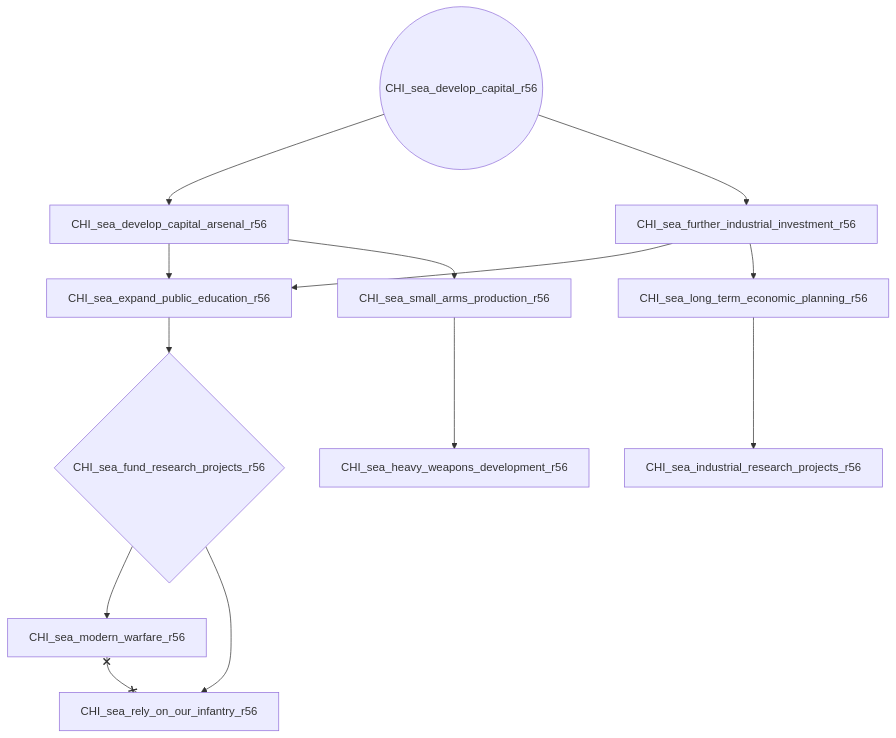
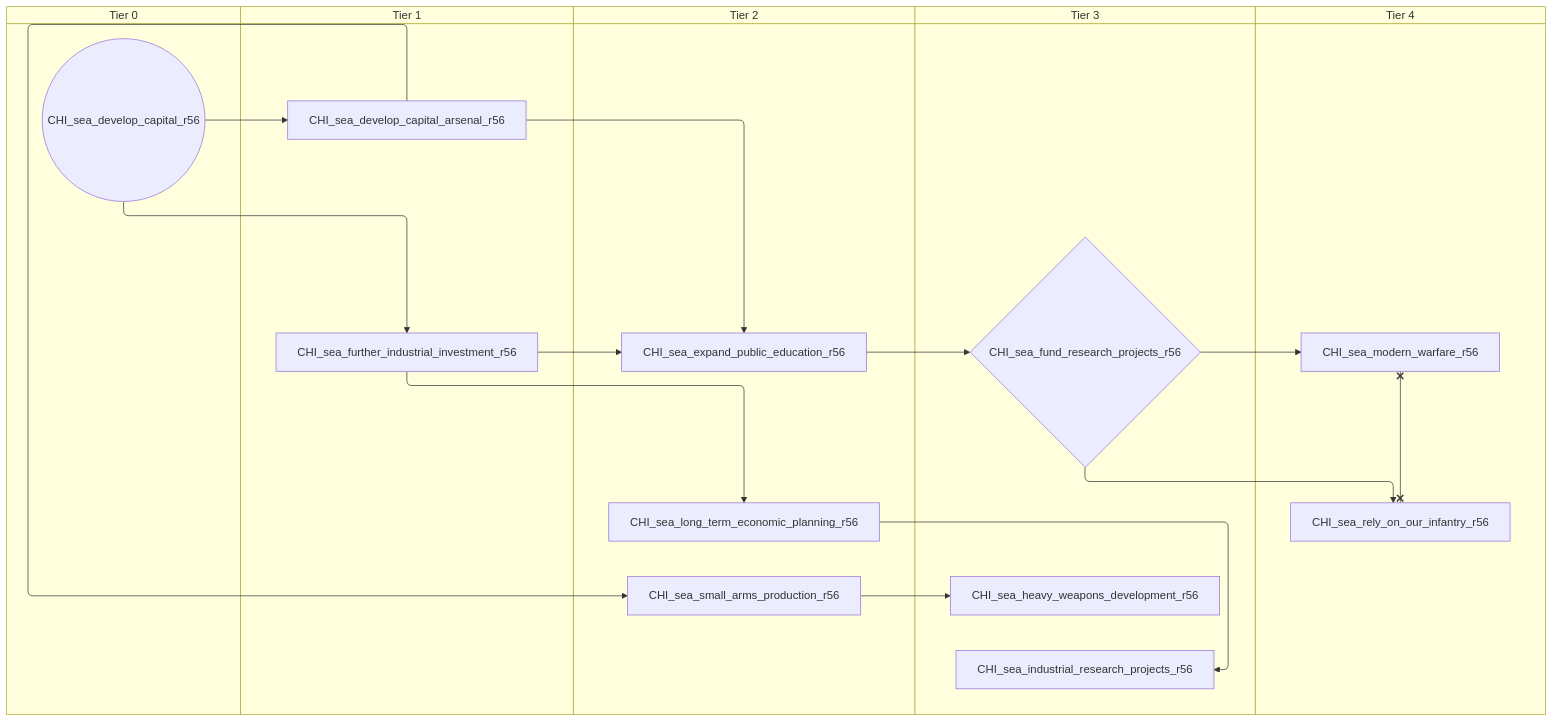
One commit to evgeny-sobol/hoi4-sandbox-mode-r56 changed the fifth of 8 diagrams in docs/gdd/National Focuses/china_warlord.md. Above: the diagram before and after it, drawn with Mermaid. The commit also changed other lines of this file and 423 other files, not shown here.

First line of the commit message:
Re-export Rt56 focus trees as swimlane diagrams

````diff
--- a/docs/gdd/National Focuses/china_warlord.md
+++ b/docs/gdd/National Focuses/china_warlord.md
@@ -376,26 +426,36 @@
 ```mermaid
-flowchart TD
-    n151["CHI_sea_develop_capital_arsenal_r56"]
-    n152(("CHI_sea_develop_capital_r56"))
-    n153["CHI_sea_expand_public_education_r56"]
-    n154{"CHI_sea_fund_research_projects_r56"}
-    n155["CHI_sea_further_industrial_investment_r56"]
-    n156["CHI_sea_heavy_weapons_development_r56"]
-    n157["CHI_sea_industrial_research_projects_r56"]
-    n158["CHI_sea_long_term_economic_planning_r56"]
-    n159["CHI_sea_modern_warfare_r56"]
-    n160["CHI_sea_rely_on_our_infantry_r56"]
-    n161["CHI_sea_small_arms_production_r56"]
-    n152 --> n151
-    n155 --> n153
+swimlane-beta TD
+    subgraph tier_0["Tier 0"]
+        n151(("CHI_sea_develop_capital_r56"))
+    end
+    subgraph tier_1["Tier 1"]
+        n152["CHI_sea_develop_capital_arsenal_r56"]
+        n153["CHI_sea_further_industrial_investment_r56"]
+    end
+    subgraph tier_2["Tier 2"]
+        n154["CHI_sea_expand_public_education_r56"]
+        n155["CHI_sea_long_term_economic_planning_r56"]
+        n156["CHI_sea_small_arms_production_r56"]
+    end
+    subgraph tier_3["Tier 3"]
+        n157{"CHI_sea_fund_research_projects_r56"}
+        n158["CHI_sea_heavy_weapons_development_r56"]
+        n159["CHI_sea_industrial_research_projects_r56"]
+    end
+    subgraph tier_4["Tier 4"]
+        n160["CHI_sea_modern_warfare_r56"]
+        n161["CHI_sea_rely_on_our_infantry_r56"]
+    end
+    n151 --> n152
+    n153 --> n154
+    n152 --> n154
+    n154 --> n157
     n151 --> n153
-    n153 --> n154
-    n152 --> n155
-    n161 --> n156
-    n158 --> n157
-    n155 --> n158
-    n154 --> n159
-    n154 --> n160
-    n151 --> n161
-    n159 x--x n160
+    n156 --> n158
+    n155 --> n159
+    n153 --> n155
+    n157 --> n160
+    n157 --> n161
+    n152 --> n156
+    n160 x--x n161
 ```
````
